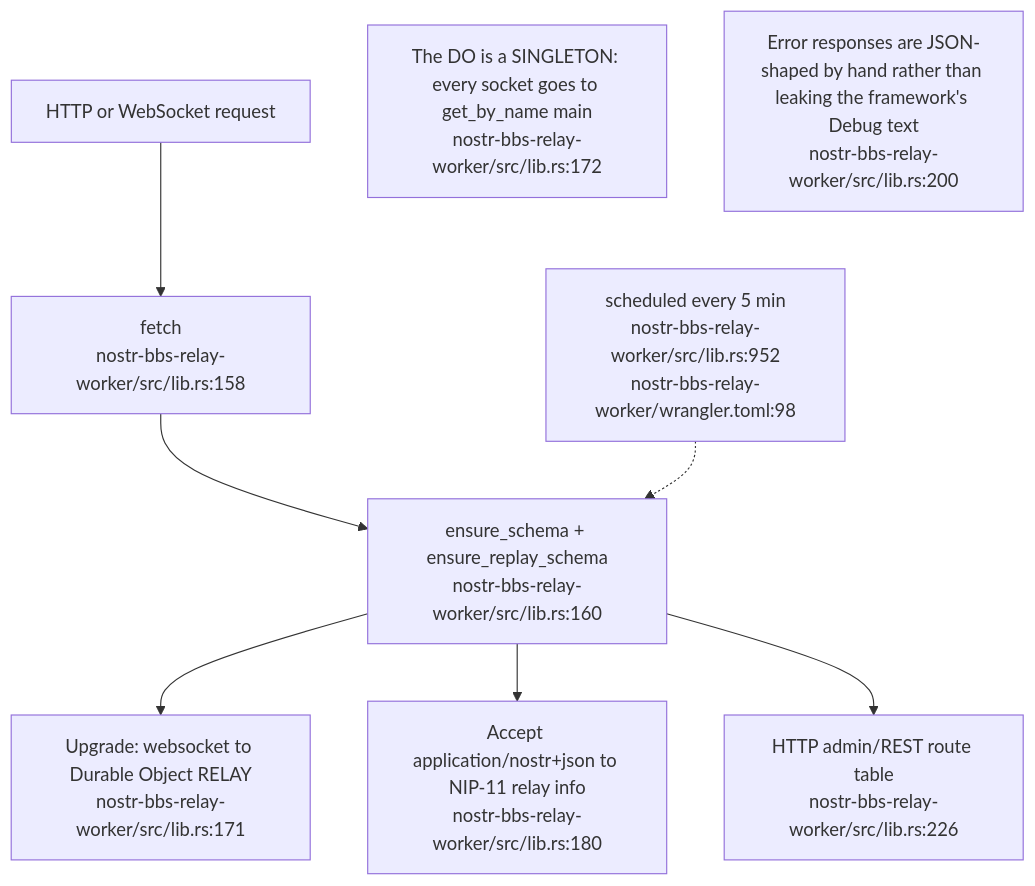
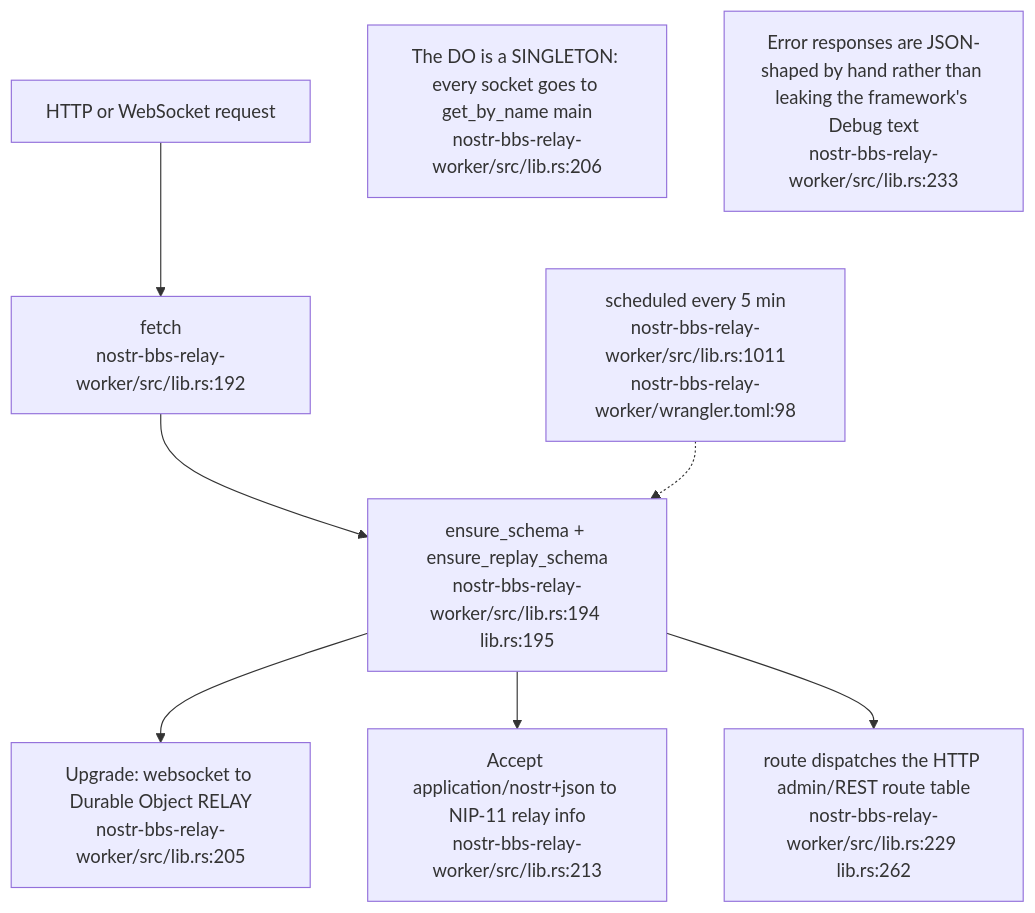
One commit to DreamLab-AI/VisionFlow changed the first of 14 diagrams in docs/diagrams/nostr-rust-forum/03-relay-worker-admission-auth-and-trust.md. Above: the diagram before and after it, drawn with Mermaid. The commit also changed other lines of this file and 136 other files, not shown here.

First line of the commit message:
docs(diagrams): refresh the whole corpus to code HEAD and prune low-value diagrams

````diff
--- a/docs/diagrams/nostr-rust-forum/03-relay-worker-admission-auth-and-trust.md
+++ b/docs/diagrams/nostr-rust-forum/03-relay-worker-admission-auth-and-trust.md
@@ -27,19 +24,19 @@
 ```mermaid
 flowchart TB
     REQ["HTTP or WebSocket request"]
-    F["fetch<br/>nostr-bbs-relay-worker/src/lib.rs:158"]
-    BOOT["ensure_schema + ensure_replay_schema<br/>nostr-bbs-relay-worker/src/lib.rs:160"]
-    WS["Upgrade: websocket to Durable Object RELAY<br/>nostr-bbs-relay-worker/src/lib.rs:171"]
-    N11["Accept application/nostr+json to NIP-11 relay info<br/>nostr-bbs-relay-worker/src/lib.rs:180"]
-    RT["HTTP admin/REST route table<br/>nostr-bbs-relay-worker/src/lib.rs:226"]
-    CRON["scheduled every 5 min<br/>nostr-bbs-relay-worker/src/lib.rs:952<br/>nostr-bbs-relay-worker/wrangler.toml:98"]
+    F["fetch<br/>nostr-bbs-relay-worker/src/lib.rs:192"]
+    BOOT["ensure_schema + ensure_replay_schema<br/>nostr-bbs-relay-worker/src/lib.rs:194 lib.rs:195"]
+    WS["Upgrade: websocket to Durable Object RELAY<br/>nostr-bbs-relay-worker/src/lib.rs:205"]
+    N11["Accept application/nostr+json to NIP-11 relay info<br/>nostr-bbs-relay-worker/src/lib.rs:213"]
+    RT["route dispatches the HTTP admin/REST route table<br/>nostr-bbs-relay-worker/src/lib.rs:229 lib.rs:262"]
+    CRON["scheduled every 5 min<br/>nostr-bbs-relay-worker/src/lib.rs:1011<br/>nostr-bbs-relay-worker/wrangler.toml:98"]
 
     REQ --> F --> BOOT
     BOOT --> WS
     BOOT --> N11
     BOOT --> RT
     CRON -.-> BOOT
 
-    N1["The DO is a SINGLETON: every socket goes to get_by_name main<br/>nostr-bbs-relay-worker/src/lib.rs:172"]
-    N2["Error responses are JSON-shaped by hand rather than leaking the framework's Debug text<br/>nostr-bbs-relay-worker/src/lib.rs:200"]
+    N1["The DO is a SINGLETON: every socket goes to get_by_name main<br/>nostr-bbs-relay-worker/src/lib.rs:206"]
+    N2["Error responses are JSON-shaped by hand rather than leaking the framework's Debug text<br/>nostr-bbs-relay-worker/src/lib.rs:233"]
 ```
````
